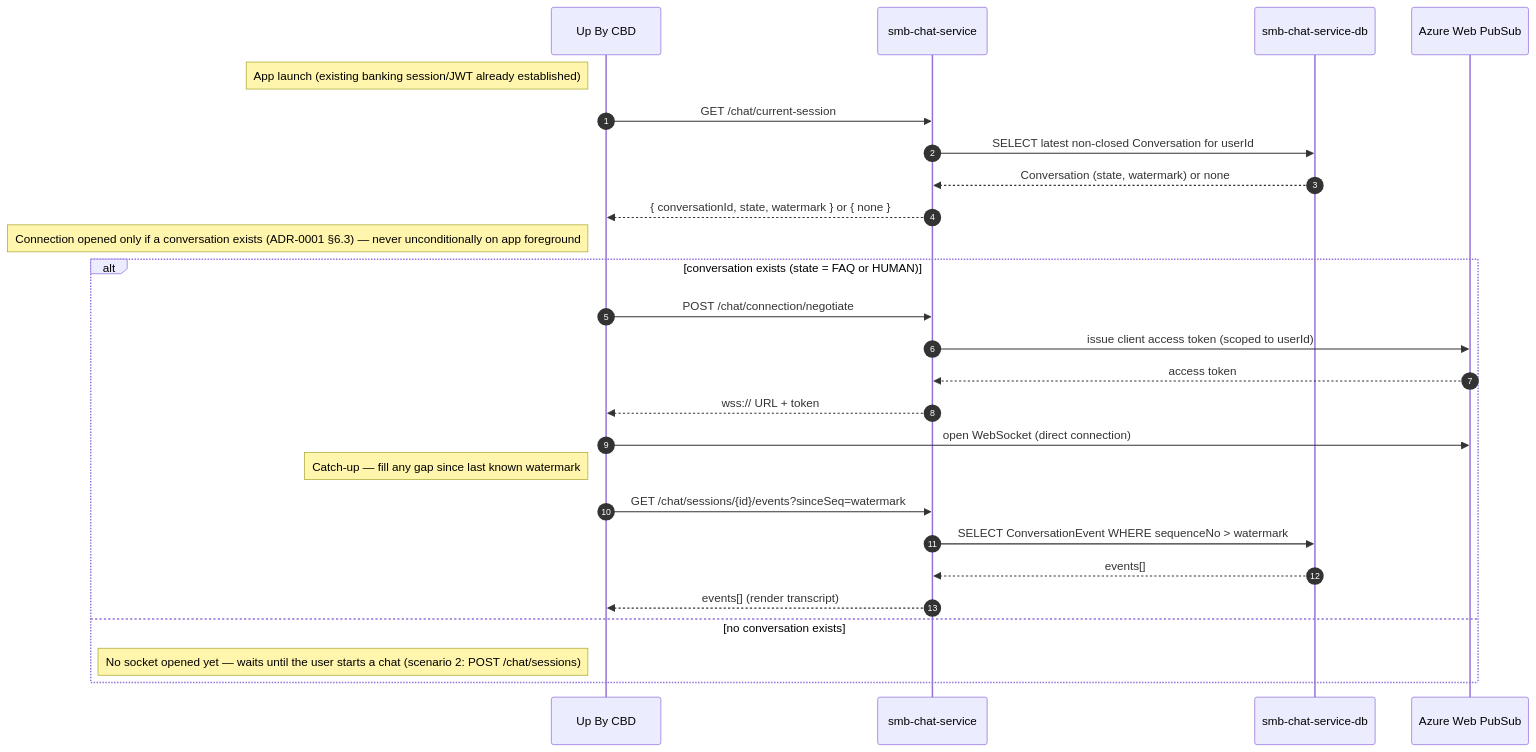
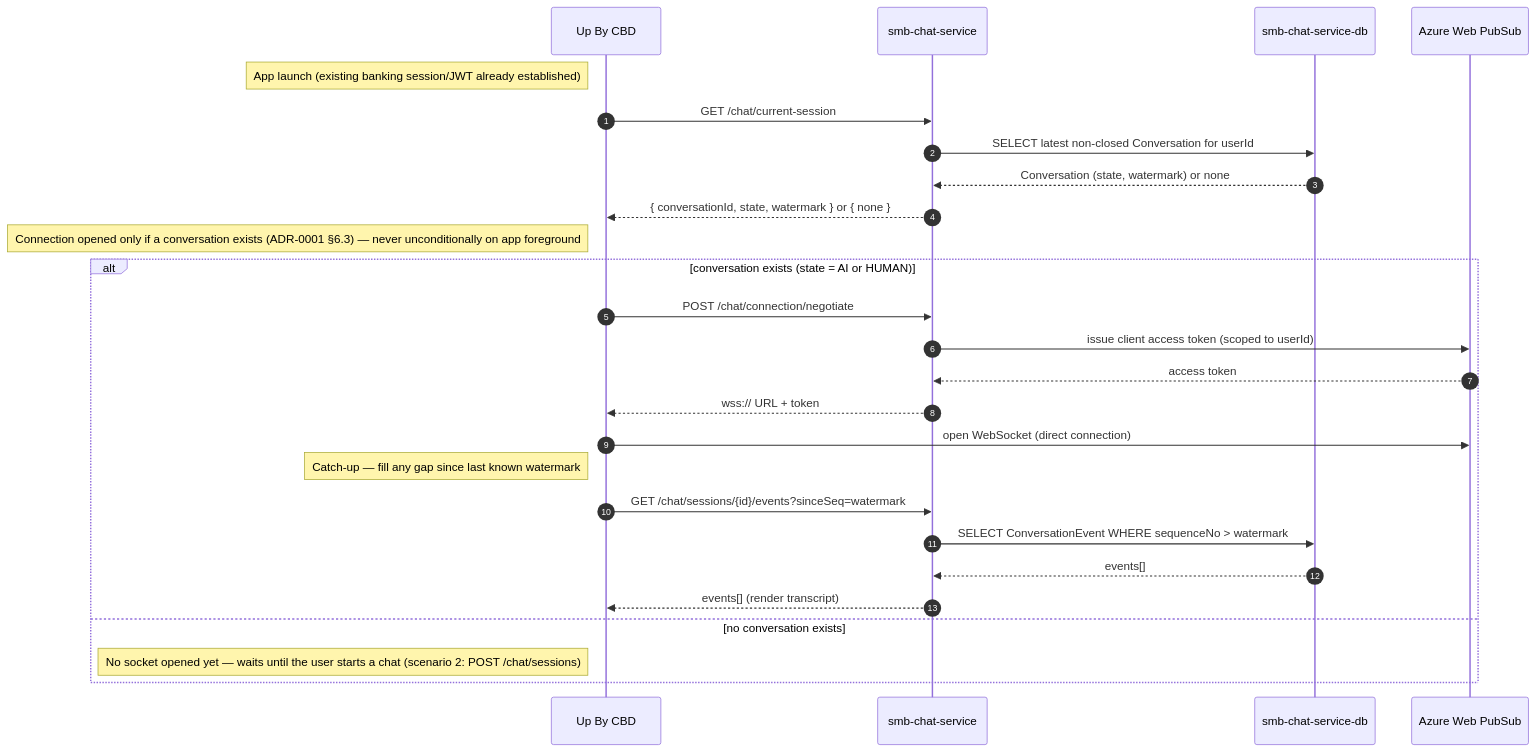
The second of 13 diagrams in human-chat/solution-design.md (tbrudnicki/cbd), drawn with Mermaid before and after one commit. The commit also changed other lines of this file and 2 other files, not shown here.

```diff
--- a/human-chat/solution-design.md
+++ b/human-chat/solution-design.md
@@ -139,30 +166,30 @@
 ::: mermaid
 sequenceDiagram
 autonumber
 Participant mobile as Up By CBD
 Participant chatsvc as smb-chat-service
 Participant db as smb-chat-service-db
 Participant wps as Azure Web PubSub
 
 Note left of mobile: App launch (existing banking session/JWT already established)
 mobile ->> chatsvc: GET /chat/current-session
 chatsvc ->> db: SELECT latest non-closed Conversation for userId
 db -->> chatsvc: Conversation (state, watermark) or none
 chatsvc -->> mobile: { conversationId, state, watermark } or { none }
 
 Note left of mobile: Connection opened only if a conversation exists (ADR-0001 §6.3) — never unconditionally on app foreground
-alt conversation exists (state = FAQ or HUMAN)
+alt conversation exists (state = AI or HUMAN)
     mobile ->> chatsvc: POST /chat/connection/negotiate
     chatsvc ->> wps: issue client access token (scoped to userId)
     wps -->> chatsvc: access token
     chatsvc -->> mobile: wss:// URL + token
     mobile ->> wps: open WebSocket (direct connection)
     Note left of mobile: Catch-up — fill any gap since last known watermark
     mobile ->> chatsvc: GET /chat/sessions/{id}/events?sinceSeq=watermark
     chatsvc ->> db: SELECT ConversationEvent WHERE sequenceNo > watermark
     db -->> chatsvc: events[]
     chatsvc -->> mobile: events[] (render transcript)
 else no conversation exists
     Note left of mobile: No socket opened yet — waits until the user starts a chat (scenario 2: POST /chat/sessions)
 end
 :::
```
